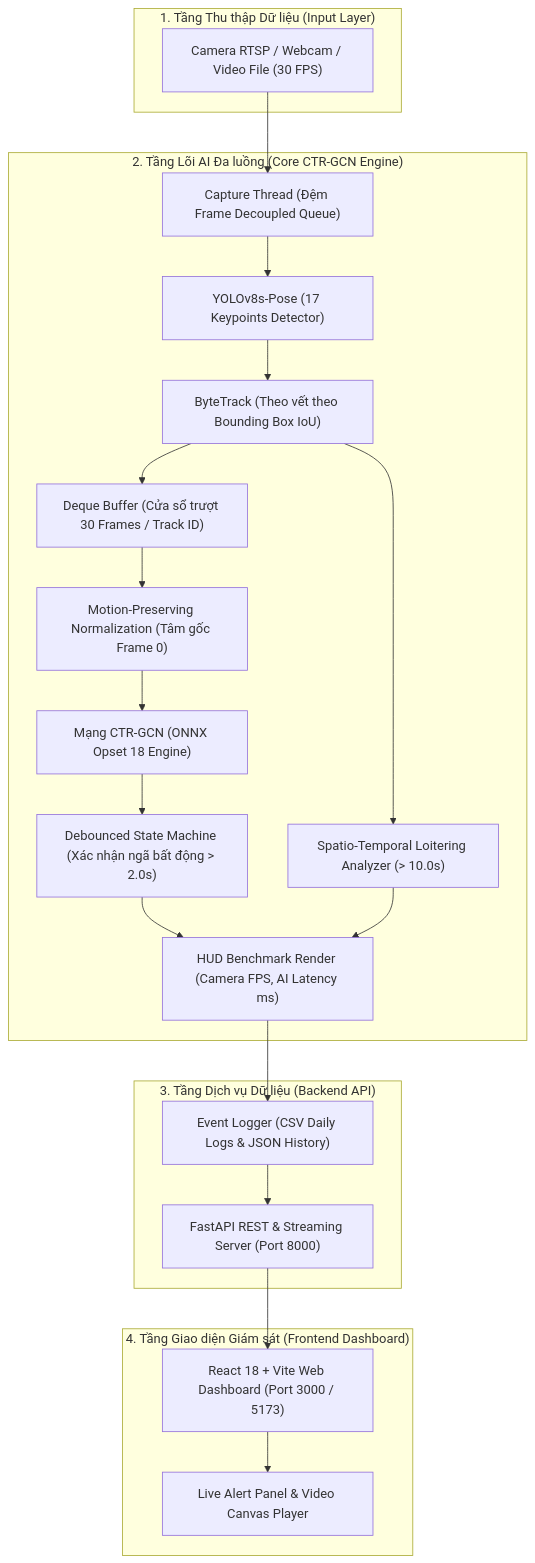
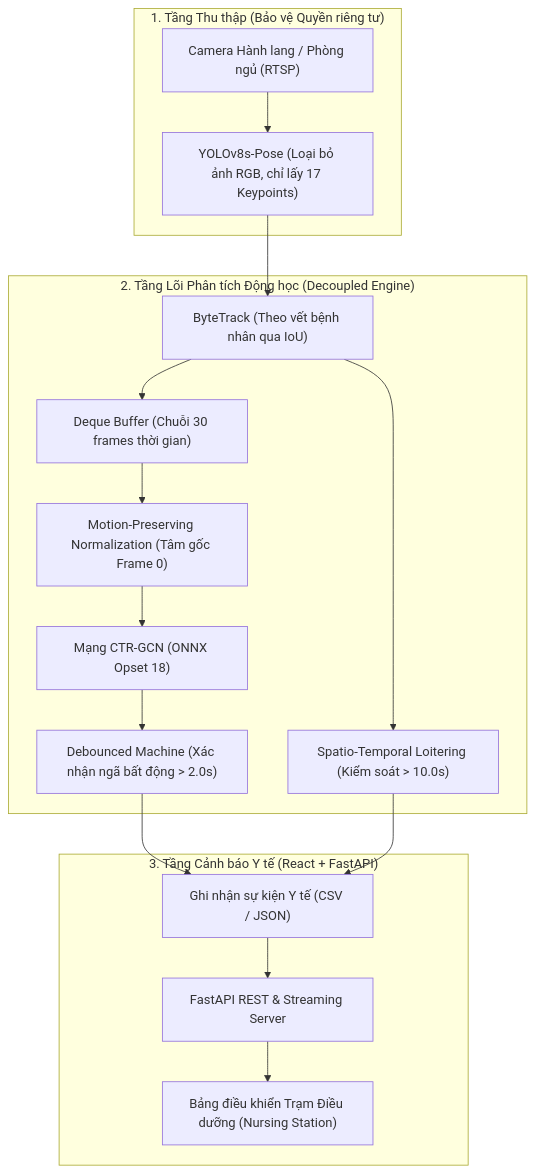
One commit to NBasLongz/realtime-abnormal-behavior-detection changed the diagram in README.md. Above: the diagram before and after it, drawn with Mermaid. The commit also changed other lines of this file and 6 other files, not shown here.

````diff
--- a/README.md
+++ b/README.md
@@ -68,43 +49,34 @@
 ```mermaid
 flowchart TD
-    subgraph Input_Layer ["1. Tầng Thu thập Dữ liệu (Input Layer)"]
-        Stream["Camera RTSP / Webcam / Video File (30 FPS)"]
+    subgraph Privacy_Layer ["1. Tầng Thu thập (Bảo vệ Quyền riêng tư)"]
+        Stream["Camera Hành lang / Phòng ngủ (RTSP)"]
+        YOLO["YOLOv8s-Pose (Loại bỏ ảnh RGB, chỉ lấy 17 Keypoints)"]
     end
 
-    subgraph Decoupled_Pipeline ["2. Tầng Lõi AI Đa luồng (Core CTR-GCN Engine)"]
-        Producer["Capture Thread (Đệm Frame Decoupled Queue)"]
-        YOLO["YOLOv8s-Pose (17 Keypoints Detector)"]
-        Tracker["ByteTrack (Theo vết theo Bounding Box IoU)"]
-        Buffer["Deque Buffer (Cửa sổ trượt 30 Frames / Track ID)"]
+    subgraph AI_Engine ["2. Tầng Lõi Phân tích Động học (Decoupled Engine)"]
+        Tracker["ByteTrack (Theo vết bệnh nhân qua IoU)"]
+        Buffer["Deque Buffer (Chuỗi 30 frames thời gian)"]
         Norm["Motion-Preserving Normalization (Tâm gốc Frame 0)"]
-        CTRGCN["Mạng CTR-GCN (ONNX Opset 18 Engine)"]
-        StateMachine["Debounced State Machine (Xác nhận ngã bất động > 2.0s)"]
-        Loitering["Spatio-Temporal Loitering Analyzer (> 10.0s)"]
-        HUD["HUD Benchmark Render (Camera FPS, AI Latency ms)"]
+        CTRGCN["Mạng CTR-GCN (ONNX Opset 18)"]
+        StateMachine["Debounced Machine (Xác nhận ngã bất động > 2.0s)"]
+        Loitering["Spatio-Temporal Loitering (Kiểm soát > 10.0s)"]
     end
 
-    subgraph Service_Layer ["3. Tầng Dịch vụ Dữ liệu (Backend API)"]
-        FastAPI["FastAPI REST & Streaming Server (Port 8000)"]
-        EventLog["Event Logger (CSV Daily Logs & JSON History)"]
+    subgraph Dashboard ["3. Tầng Cảnh báo Y tế (React + FastAPI)"]
+        FastAPI["FastAPI REST & Streaming Server"]
+        EventLog["Ghi nhận sự kiện Y tế (CSV / JSON)"]
+        ReactApp["Bảng điều khiển Trạm Điều dưỡng (Nursing Station)"]
     end
 
-    subgraph UI_Layer ["4. Tầng Giao diện Giám sát (Frontend Dashboard)"]
-        ReactApp["React 18 + Vite Web Dashboard (Port 3000 / 5173)"]
-        AlertFeed["Live Alert Panel & Video Canvas Player"]
-    end
-
-    Stream --> Producer
-    Producer --> YOLO
+    Stream --> YOLO
     YOLO --> Tracker
     Tracker --> Buffer
     Buffer --> Norm
     Norm --> CTRGCN
     CTRGCN --> StateMachine
     Tracker --> Loitering
-    StateMachine --> HUD
-    Loitering --> HUD
-    HUD --> EventLog
+    StateMachine --> EventLog
+    Loitering --> EventLog
     EventLog --> FastAPI
     FastAPI --> ReactApp
-    ReactApp --> AlertFeed
 ```
````
